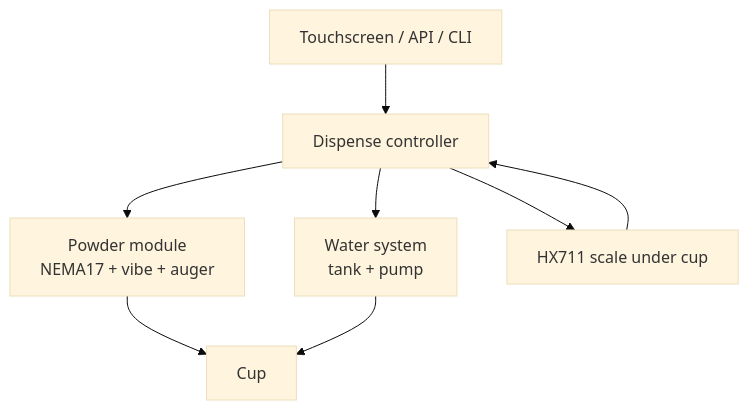
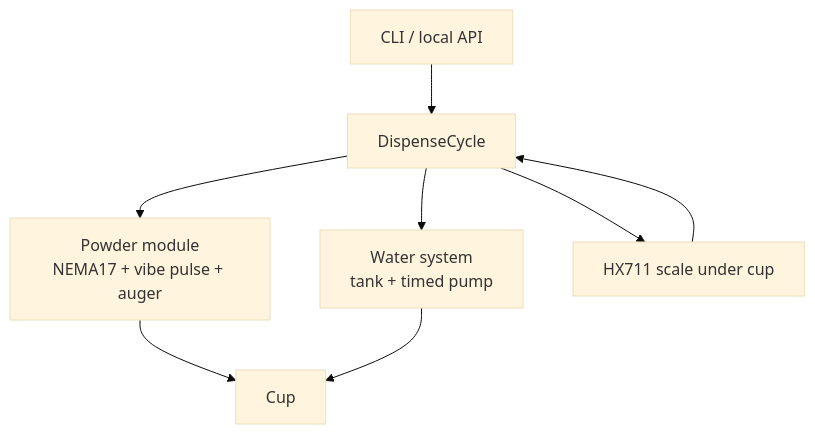
Before and after one commit to mlwhite0907/DIY-Supplement-Dispenser: the first of 2 diagrams in README.md, drawn with Mermaid (base theme). The commit also changed other lines of this file and 54 other files, not shown here.

````diff
--- a/README.md
+++ b/README.md
@@ -169,10 +175,10 @@
 ```mermaid
 flowchart TB
-  UI[Touchscreen / API / CLI] --> CTRL[Dispense controller]
-  CTRL --> PWD[Powder module<br/>NEMA17 + vibe + auger]
-  CTRL --> WTR[Water system<br/>tank + pump]
+  UI[CLI / local API] --> CTRL[DispenseCycle]
+  CTRL --> PWD[Powder module<br/>NEMA17 + vibe pulse + auger]
+  CTRL --> WTR[Water system<br/>tank + timed pump]
   CTRL --> SCL[HX711 scale under cup]
   PWD --> CUP[Cup]
   WTR --> CUP
   SCL --> CTRL
 ```
````
